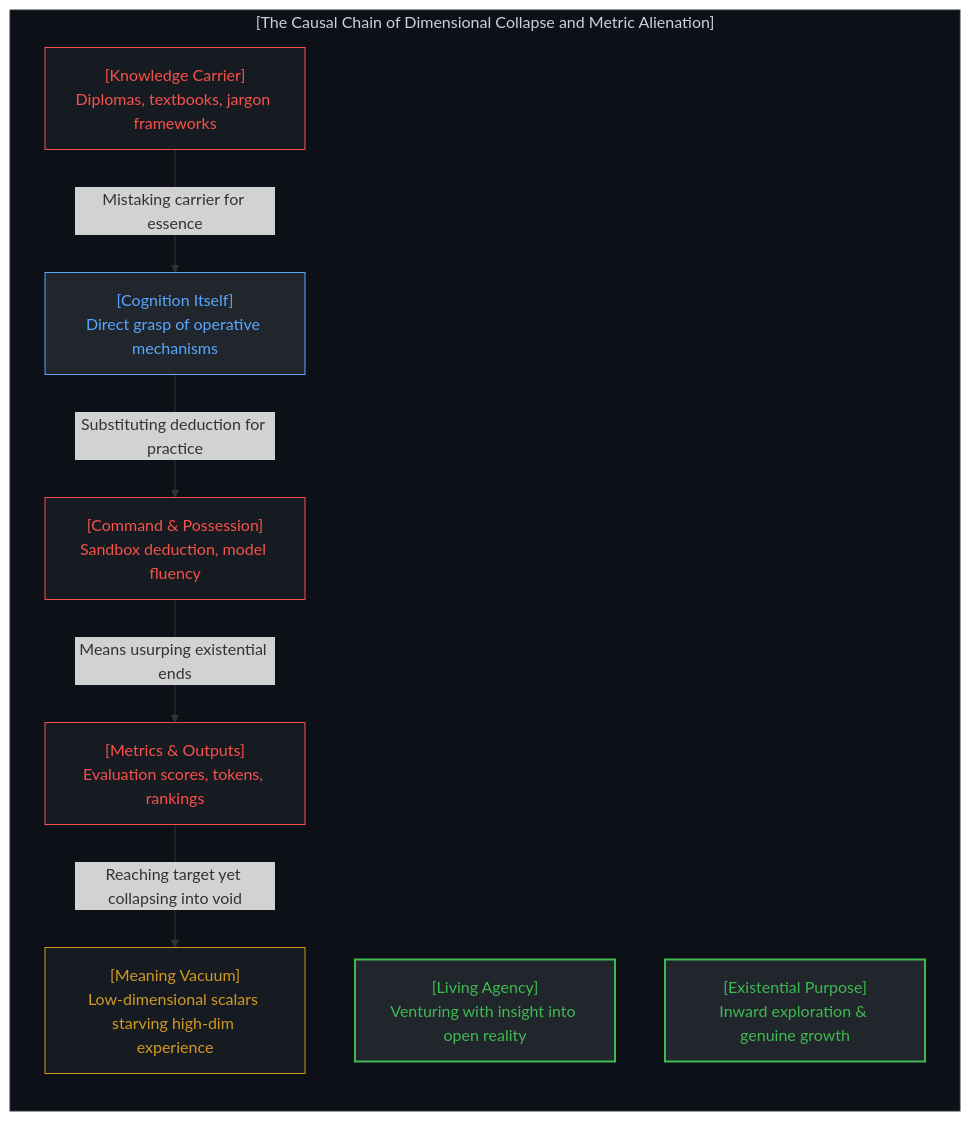
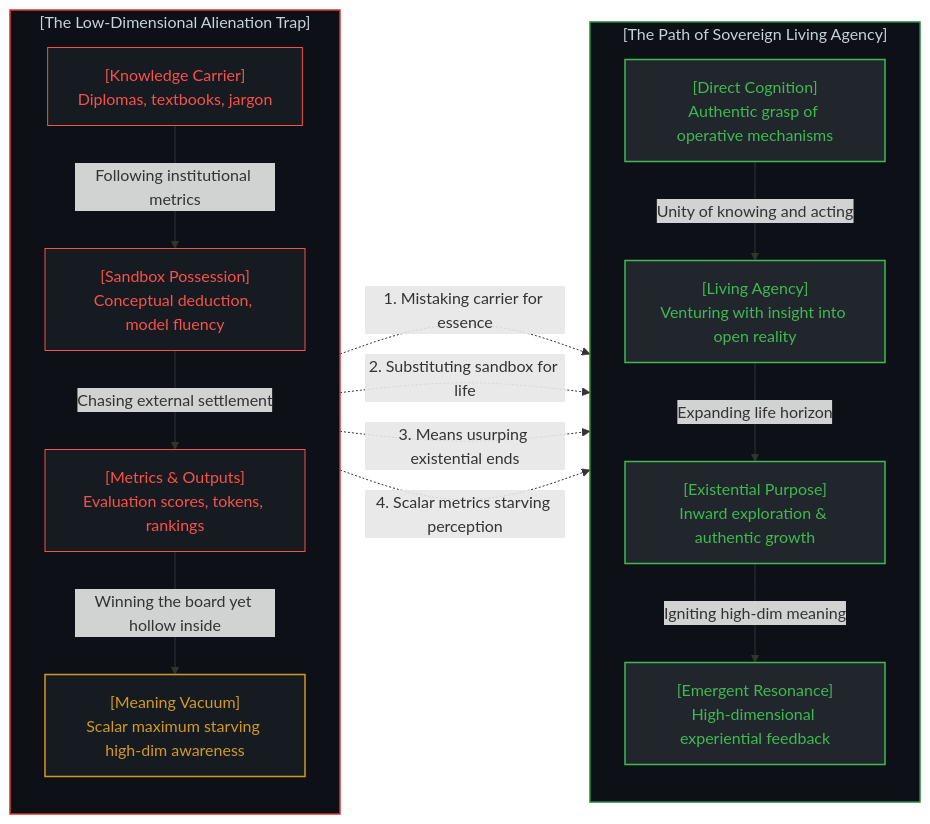
The second of 6 diagrams in content/posts/coordinate-systems-mind-and-degrees-of-freedom.md (powerpig99/not-a-toe), drawn with Mermaid before and after one commit. The commit also changed other lines of this file, not shown here.

Commit message:
Fix Section 1 Mermaid diagram: connect living path vs alienation trap

````diff
--- a/content/posts/coordinate-systems-mind-and-degrees-of-freedom.md
+++ b/content/posts/coordinate-systems-mind-and-degrees-of-freedom.md
@@ -56,27 +72,43 @@
 ```mermaid
-graph TD
-    subgraph DimensionCollapse["[The Causal Chain of Dimensional Collapse and Metric Alienation]"]
+graph LR
+    subgraph PathOfLiving["[The Path of Sovereign Living Agency]"]
         direction TB
-        Carrier["[Knowledge Carrier]<br>Diplomas, textbooks, jargon frameworks"]
-        Knowledge["[Cognition Itself]<br>Direct grasp of operative mechanisms"]
-        Control["[Command & Possession]<br>Sandbox deduction, model fluency"]
+        Knowledge["[Direct Cognition]<br>Authentic grasp of operative mechanisms"]
         Living["[Living Agency]<br>Venturing with insight into open reality"]
-        Tools["[Metrics & Outputs]<br>Evaluation scores, tokens, rankings"]
-        EndGoal["[Existential Purpose]<br>Inward exploration & genuine growth"]
-        Vacuum["[Meaning Vacuum]<br>Low-dimensional scalars starving high-dim experience"]
+        EndGoal["[Existential Purpose]<br>Inward exploration & authentic growth"]
+        Resonance["[Emergent Resonance]<br>High-dimensional experiential feedback"]
 
-        Carrier -->|"Mistaking carrier for essence"| Knowledge
-        Knowledge -->|"Substituting deduction for practice"| Control
-        Control -->|"Means usurping existential ends"| Tools
-        Tools -->|"Reaching target yet collapsing into void"| Vacuum
+        Knowledge -->|"Unity of knowing and acting"| Living
+        Living -->|"Expanding life horizon"| EndGoal
+        EndGoal -->|"Igniting high-dim meaning"| Resonance
     end
 
-    style DimensionCollapse fill:#0d1117,stroke:#30363d,stroke-width:1px,color:#c9d1d9
+    subgraph PathOfTrap["[The Low-Dimensional Alienation Trap]"]
+        direction TB
+        Carrier["[Knowledge Carrier]<br>Diplomas, textbooks, jargon"]
+        Control["[Sandbox Possession]<br>Conceptual deduction, model fluency"]
+        Tools["[Metrics & Outputs]<br>Evaluation scores, tokens, rankings"]
+        Vacuum["[Meaning Vacuum]<br>Scalar maximum starving high-dim awareness"]
+
+        Carrier -->|"Following institutional metrics"| Control
+        Control -->|"Chasing external settlement"| Tools
+        Tools -->|"Winning the board yet hollow inside"| Vacuum
+    end
+
+    Carrier -.->|"1. Mistaking carrier for essence"| Knowledge
+    Control -.->|"2. Substituting sandbox for life"| Living
+    Tools -.->|"3. Means usurping existential ends"| EndGoal
+    Vacuum -.->|"4. Scalar metrics starving perception"| Resonance
+
+    style PathOfLiving fill:#0d1117,stroke:#238636,stroke-width:1.5px,color:#c9d1d9
+    style Knowledge fill:#21262d,stroke:#3fb950,stroke-width:1.5px,color:#3fb950
+    style Living fill:#21262d,stroke:#3fb950,stroke-width:1.5px,color:#3fb950
+    style EndGoal fill:#21262d,stroke:#3fb950,stroke-width:1.5px,color:#3fb950
+    style Resonance fill:#21262d,stroke:#3fb950,stroke-width:1.5px,color:#3fb950
+
+    style PathOfTrap fill:#0d1117,stroke:#da3633,stroke-width:1.5px,color:#c9d1d9
     style Carrier fill:#161b22,stroke:#f85149,stroke-width:1px,color:#f85149
-    style Knowledge fill:#21262d,stroke:#58a6ff,stroke-width:1px,color:#58a6ff
     style Control fill:#161b22,stroke:#f85149,stroke-width:1px,color:#f85149
-    style Living fill:#21262d,stroke:#3fb950,stroke-width:2px,color:#3fb950
     style Tools fill:#161b22,stroke:#f85149,stroke-width:1px,color:#f85149
-    style EndGoal fill:#21262d,stroke:#3fb950,stroke-width:2px,color:#3fb950
-    style Vacuum fill:#161b22,stroke:#d29922,stroke-width:1px,color:#d29922
+    style Vacuum fill:#161b22,stroke:#d29922,stroke-width:1.5px,color:#d29922
 ```
````
